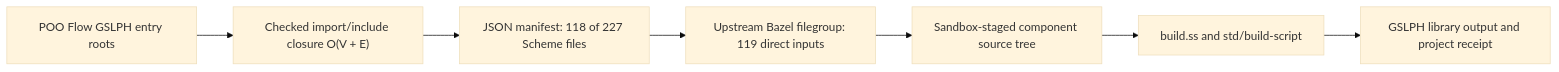
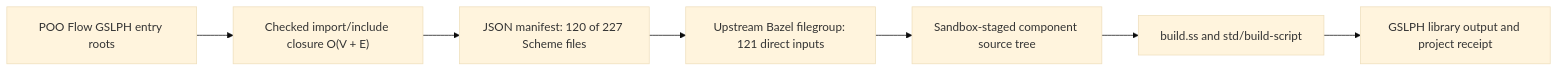
One commit to tao3k/poo-flow changed the third of 9 diagrams in docs/10-19-design/10.06-poo-module-system/147-adaptive-scheme-build-guard.org. Above: the diagram before and after it, drawn with Mermaid (base theme). The commit also changed other lines of this file and 2 other files, not shown here.

Commit message:
fix: include the GSLPH object validation closure

```diff
--- a/docs/10-19-design/10.06-poo-module-system/147-adaptive-scheme-build-guard.org
+++ b/docs/10-19-design/10.06-poo-module-system/147-adaptive-scheme-build-guard.org
@@ -443,9 +447,9 @@
 #+begin_src mermaid
 flowchart LR
   Roots["POO Flow GSLPH entry roots"] --> Closure["Checked import/include closure O(V + E)"]
-  Closure --> Manifest["JSON manifest: 118 of 227 Scheme files"]
-  Manifest --> Filegroup["Upstream Bazel filegroup: 119 direct inputs"]
+  Closure --> Manifest["JSON manifest: 120 of 227 Scheme files"]
+  Manifest --> Filegroup["Upstream Bazel filegroup: 121 direct inputs"]
   Filegroup --> Stage["Sandbox-staged component source tree"]
   Stage --> Build["build.ss and std/build-script"]
   Build --> Library["GSLPH library output and project receipt"]
 #+end_src
```
